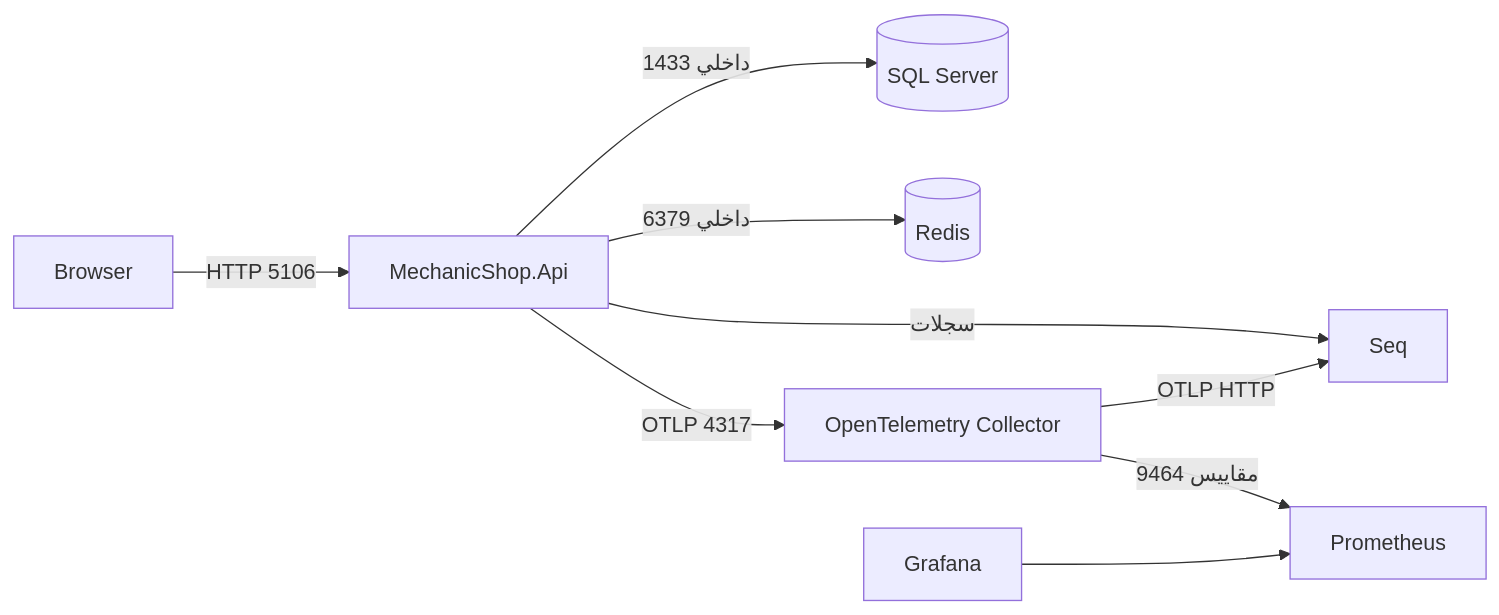
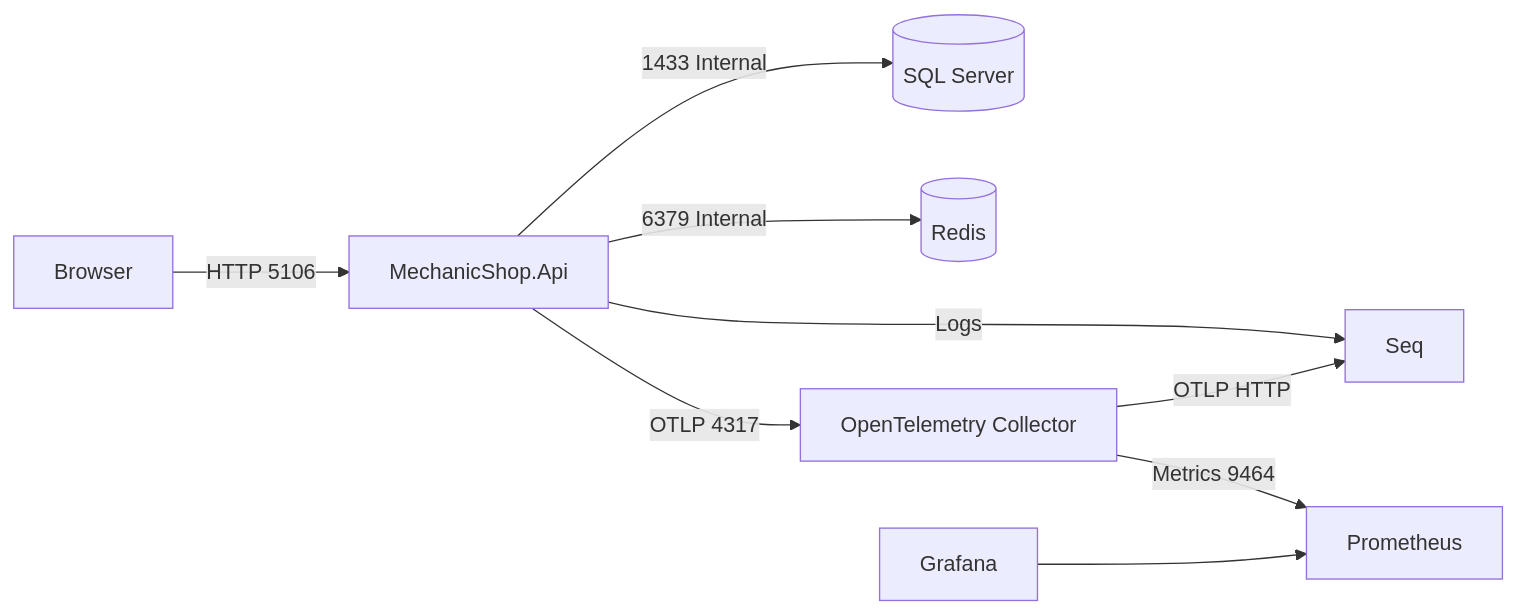
The diagram in docs/docker/README.md (ahmedadel977/MechanicShop-V2), drawn with Mermaid before and after one commit. The commit also changed other lines of this file, not shown here.

````diff
--- a/docs/docker/README.md
+++ b/docs/docker/README.md
@@ -7,11 +9,11 @@
 ```mermaid
 flowchart LR
   Browser -->|HTTP 5106| API[MechanicShop.Api]
-  API -->|1433 داخلي| SQL[(SQL Server)]
-  API -->|6379 داخلي| Redis[(Redis)]
-  API -->|سجلات| Seq[Seq]
+  API -->|1433 Internal| SQL[(SQL Server)]
+  API -->|6379 Internal| Redis[(Redis)]
+  API -->|Logs| Seq[Seq]
   API -->|OTLP 4317| OTel[OpenTelemetry Collector]
   OTel -->|OTLP HTTP| Seq
-  OTel -->|مقاييس 9464| Prom[Prometheus]
+  OTel -->|Metrics 9464| Prom[Prometheus]
   Grafana --> Prom
 ```
````
